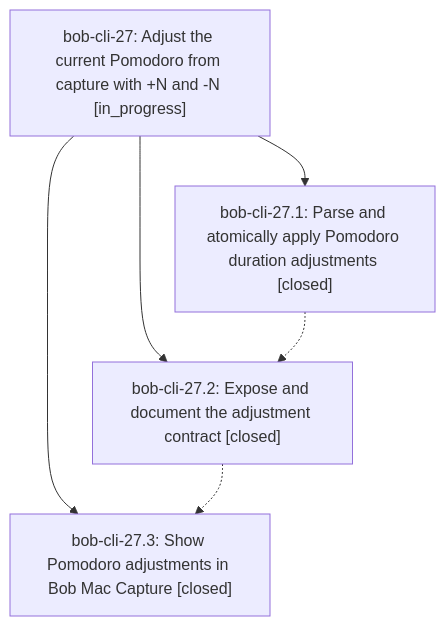
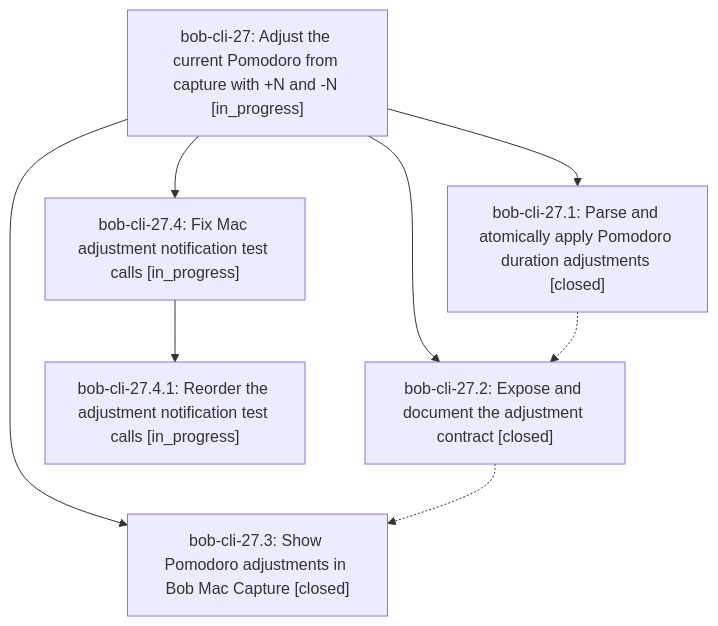
One commit to bobs-org/bob-cli--beads changed the diagram in pages/bob-cli-27/README.md. Above: the diagram before and after it, drawn with Mermaid. The commit also changed other lines of this file and 2 other files, not shown here.

First line of the commit message:
chore(beads): sync bead state and pages for bob-cli-27

````diff
--- a/pages/bob-cli-27/README.md
+++ b/pages/bob-cli-27/README.md
@@ -24,12 +28,16 @@
 ```mermaid
 flowchart TD
     n0["bob-cli-27: Adjust the current Pomodoro from capture with +N and -N [in_progress]"]
     n1["bob-cli-27.1: Parse and atomically apply Pomodoro duration adjustments [closed]"]
     n2["bob-cli-27.2: Expose and document the adjustment contract [closed]"]
     n3["bob-cli-27.3: Show Pomodoro adjustments in Bob Mac Capture [closed]"]
+    n4["bob-cli-27.4: Fix Mac adjustment notification test calls [in_progress]"]
+    n5["bob-cli-27.4.1: Reorder the adjustment notification test calls [in_progress]"]
     n0 --> n1
     n0 --> n2
     n0 --> n3
+    n0 --> n4
+    n4 --> n5
     n1 -.-> n2
     n2 -.-> n3
 ```
````
